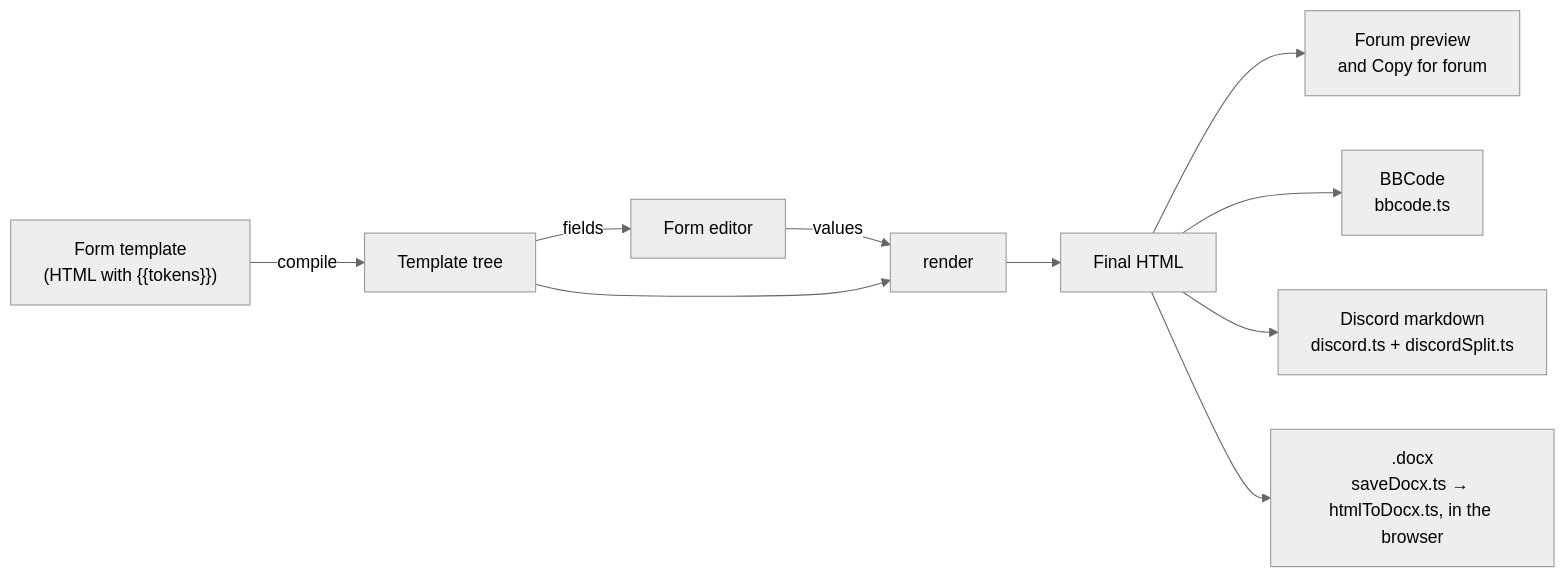
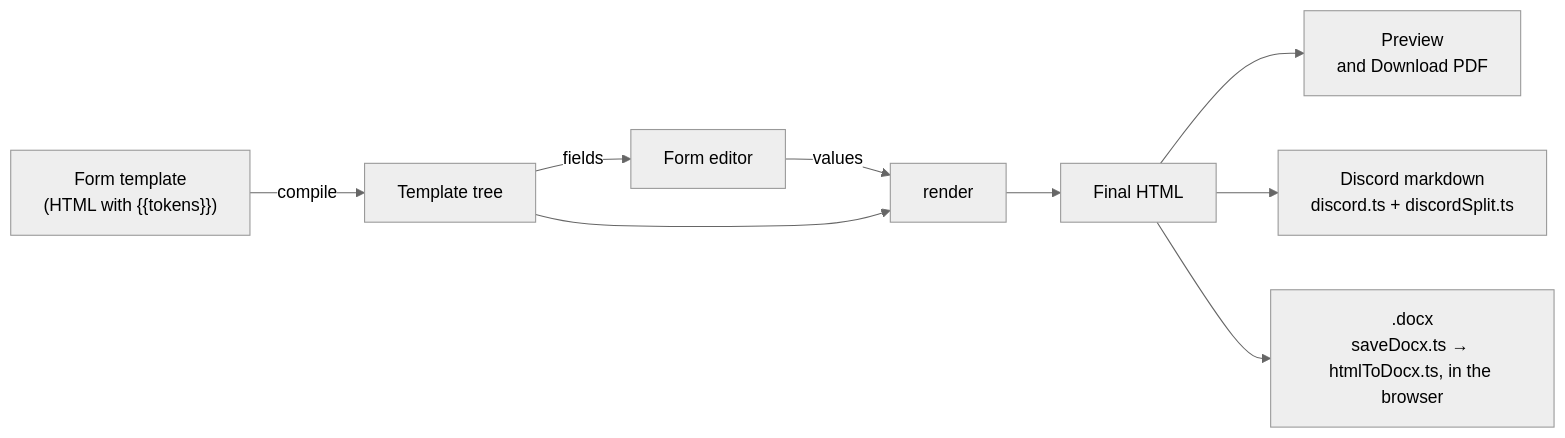
Before and after one commit to danieljcode/lawportal-v2: the diagram in docs/architecture.md, drawn with Mermaid (neutral theme). The commit also changed other lines of this file and 55 other files, not shown here.

First line of the commit message:
refactor(forms): drop forum and BBCode output [LP-223] (#205)

````diff
--- a/docs/architecture.md
+++ b/docs/architecture.md
@@ -201,12 +201,11 @@
 ```mermaid
 flowchart LR
   T["Form template<br/>(HTML with {{tokens}})"] -->|compile| Tree[Template tree]
   Tree -->|fields| Ed[Form editor]
   Ed -->|values| R[render]
   Tree --> R
   R --> H[Final HTML]
-  H --> P[Forum preview<br/>and Copy for forum]
-  H --> B[BBCode<br/>bbcode.ts]
+  H --> P[Preview<br/>and Download PDF]
   H --> D[Discord markdown<br/>discord.ts + discordSplit.ts]
   H --> W[".docx<br/>saveDocx.ts → htmlToDocx.ts, in the browser"]
 ```
````
